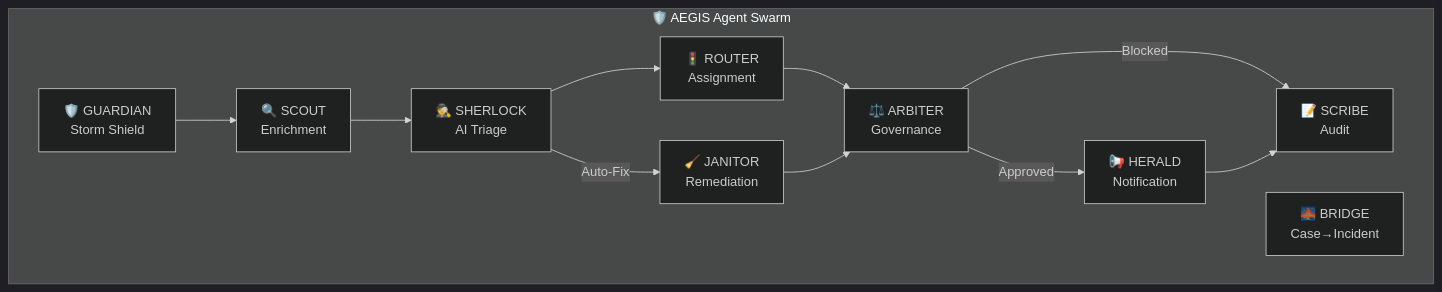
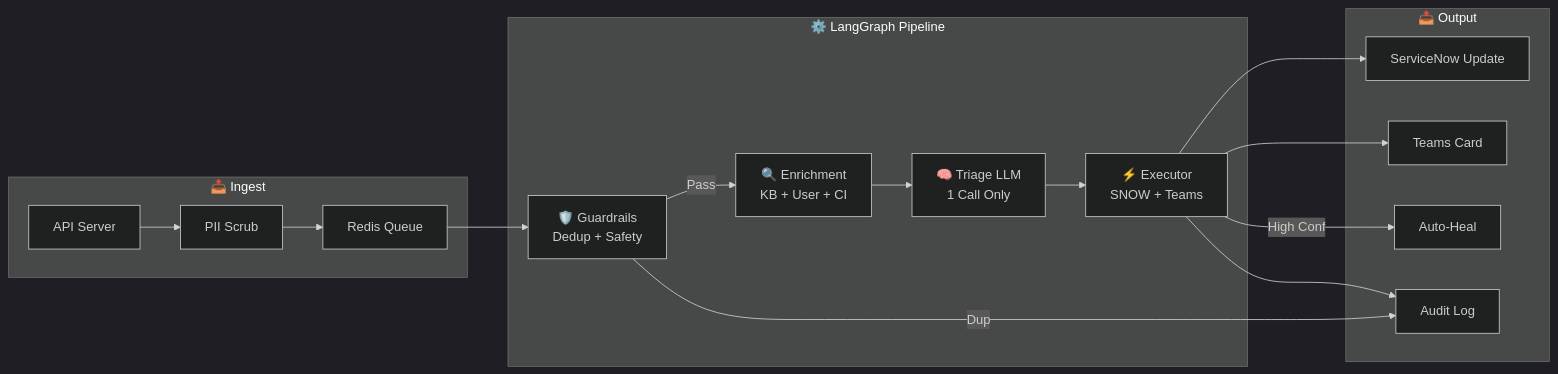
The third of 5 diagrams in docs/architecture.md (maniltns/AEGIS), drawn with Mermaid (dark theme) before and after one commit. The commit also changed other lines of this file and 15 other files, not shown here.

````diff
--- a/docs/architecture.md
+++ b/docs/architecture.md
@@ -101,24 +88,33 @@
 ```mermaid
-graph TB
-    subgraph "🛡️ AEGIS Agent Swarm"
-        GUARDIAN["🛡️ GUARDIAN<br/>Storm Shield"]
-        SCOUT["🔍 SCOUT<br/>Enrichment"]
-        SHERLOCK["🕵️ SHERLOCK<br/>AI Triage"]
-        ROUTER["🚦 ROUTER<br/>Assignment"]
-        ARBITER["⚖️ ARBITER<br/>Governance"]
-        HERALD["📢 HERALD<br/>Notification"]
-        SCRIBE["📝 SCRIBE<br/>Audit"]
-        BRIDGE["🌉 BRIDGE<br/>Case→Incident"]
-        JANITOR["🧹 JANITOR<br/>Remediation"]
+flowchart LR
+    subgraph "📥 Ingest"
+        API["API Server"]
+        SCRUB["PII Scrub"]
+        QUEUE["Redis Queue"]
     end
-    
-    GUARDIAN --> SCOUT
-    SCOUT --> SHERLOCK
-    SHERLOCK --> ROUTER
-    SHERLOCK -->|Auto-Fix| JANITOR
-    ROUTER --> ARBITER
-    JANITOR --> ARBITER
-    ARBITER -->|Approved| HERALD
-    ARBITER -->|Blocked| SCRIBE
-    HERALD --> SCRIBE
+
+    subgraph "⚙️ LangGraph Pipeline"
+        N1["🛡️ Guardrails<br/>Dedup + Safety"]
+        N2["🔍 Enrichment<br/>KB + User + CI"]
+        N3["🧠 Triage LLM<br/>1 Call Only"]
+        N4["⚡ Executor<br/>SNOW + Teams"]
+    end
+
+    subgraph "📤 Output"
+        SNOW["ServiceNow Update"]
+        TEAMS["Teams Card"]
+        SSM["Auto-Heal"]
+        AUDIT["Audit Log"]
+    end
+
+    API --> SCRUB --> QUEUE
+    QUEUE --> N1
+    N1 -->|Pass| N2
+    N1 -->|Dup| AUDIT
+    N2 --> N3
+    N3 --> N4
+    N4 --> SNOW
+    N4 --> TEAMS
+    N4 -->|High Conf| SSM
+    N4 --> AUDIT
 ```
````
